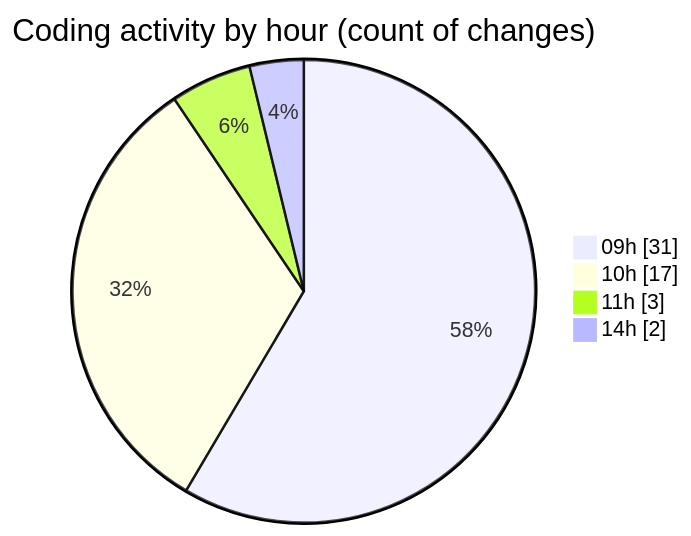
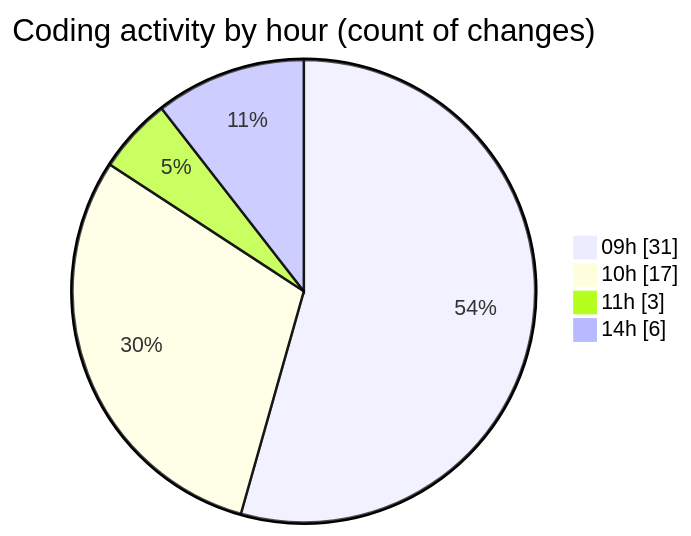
The second of 2 diagrams in 2025-03-05/termonied_testador/README.md (robertbonfada/code-tracking), drawn with Mermaid before and after one commit. The commit also changed other lines of this file and 1 other file, not shown here.

````diff
--- a/2025-03-05/termonied_testador/README.md
+++ b/2025-03-05/termonied_testador/README.md
@@ -38,8 +38,8 @@
 ```mermaid
 pie showData
 title Coding activity by hour (count of changes)
 "09h" : 31
 "10h" : 17
 "11h" : 3
-"14h" : 2
+"14h" : 6
 ```
````
